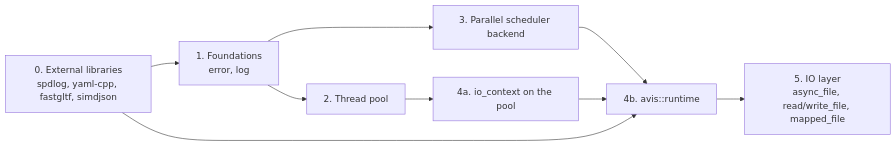
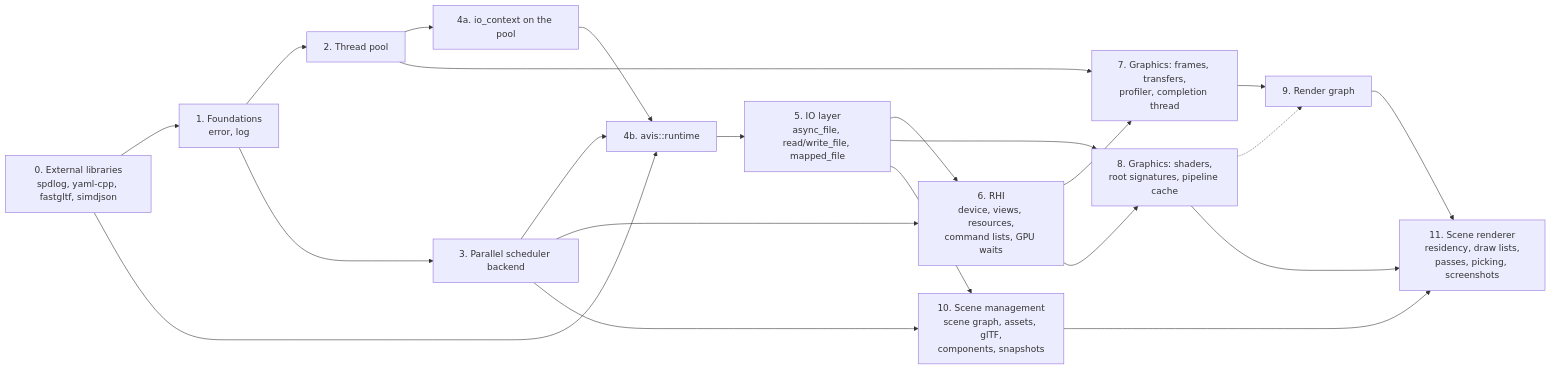
One commit to KevindeQ/avis changed the diagram in docs/tasks/README.md. Above: the diagram before and after it, drawn with Mermaid. The commit also changed other lines of this file and 3 other files, not shown here.

First line of the commit message:
Update 10 to the render graph as implemented and add task 9's plan (task 9.13)

````diff
--- a/docs/tasks/README.md
+++ b/docs/tasks/README.md
@@ -21,11 +33,24 @@
 ```mermaid
 flowchart LR
     ext[0. External libraries<br/>spdlog, yaml-cpp, fastgltf, simdjson] --> f[1. Foundations<br/>error, log]
     f --> tp[2. Thread pool]
     f --> ps[3. Parallel scheduler backend]
     tp --> io[4a. io_context on the pool]
     ps --> rt[4b. avis::runtime]
     io --> rt
     ext --> rt
     rt --> iol[5. IO layer<br/>async_file, read/write_file, mapped_file]
+    iol --> rhi[6. RHI<br/>device, views, resources,<br/>command lists, GPU waits]
+    ps --> rhi
+    rhi --> fr[7. Graphics: frames, transfers,<br/>profiler, completion thread]
+    tp --> fr
+    rhi --> sh[8. Graphics: shaders,<br/>root signatures, pipeline cache]
+    iol --> sh
+    fr --> rg[9. Render graph]
+    sh -.-> rg
+    iol --> sc[10. Scene management<br/>scene graph, assets, glTF,<br/>components, snapshots]
+    ps --> sc
+    rg --> rr[11. Scene renderer<br/>residency, draw lists,<br/>passes, picking, screenshots]
+    sh --> rr
+    sc --> rr
 ```
````
